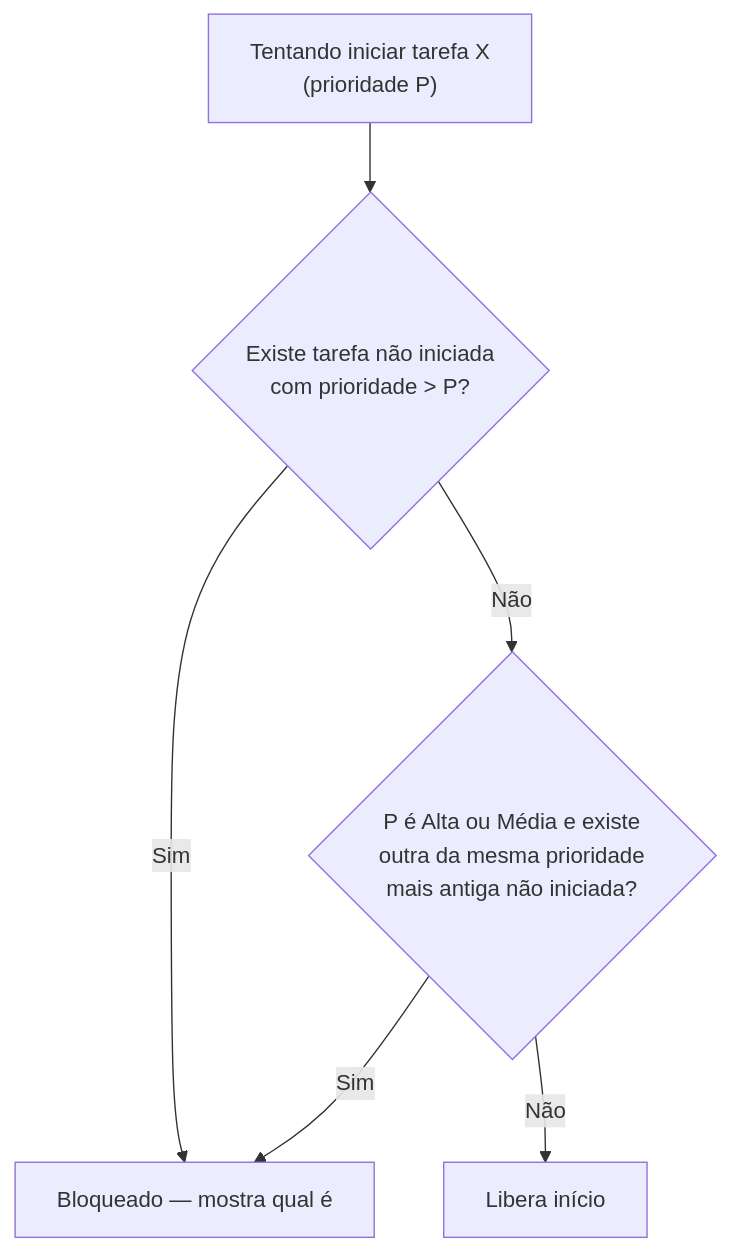
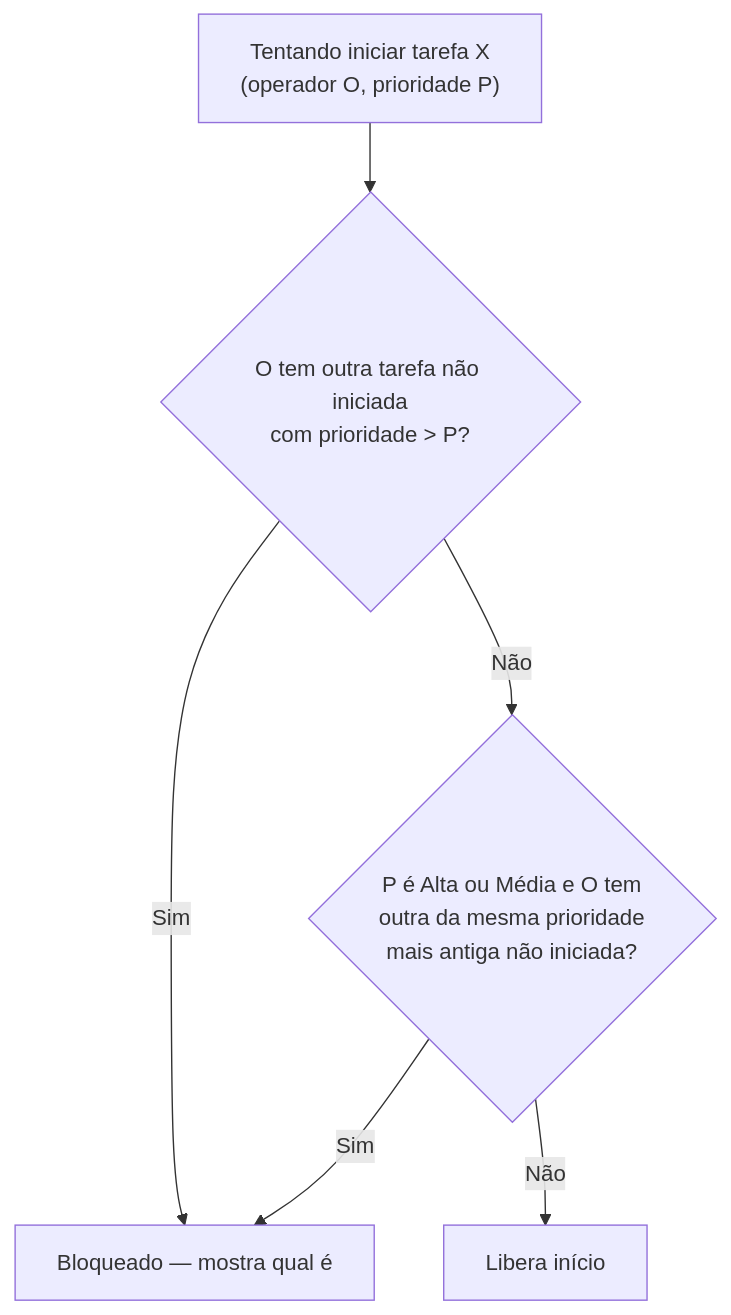
The diagram in docs/14 - Prioridade e Pausa com Gestor.md (Clamilton/sistemas_reserva), drawn with Mermaid before and after one commit. The commit also changed other lines of this file and 4 other files, not shown here.

First line of the commit message:
fix(kanban): fila de prioridade por operador, não global + docs

````diff
--- a/docs/14 - Prioridade e Pausa com Gestor.md
+++ b/docs/14 - Prioridade e Pausa com Gestor.md
@@ -23,8 +26,8 @@
 ```mermaid
 flowchart TD
-    A["Tentando iniciar tarefa X\n(prioridade P)"] --> B{"Existe tarefa não iniciada\ncom prioridade > P?"}
+    A["Tentando iniciar tarefa X\n(operador O, prioridade P)"] --> B{"O tem outra tarefa não iniciada\ncom prioridade > P?"}
     B -- Sim --> BLOQUEIA["Bloqueado — mostra qual é"]
-    B -- Não --> C{"P é Alta ou Média e existe\noutra da mesma prioridade\nmais antiga não iniciada?"}
+    B -- Não --> C{"P é Alta ou Média e O tem\noutra da mesma prioridade\nmais antiga não iniciada?"}
     C -- Sim --> BLOQUEIA
     C -- Não --> OK["Libera início"]
 ```
````
